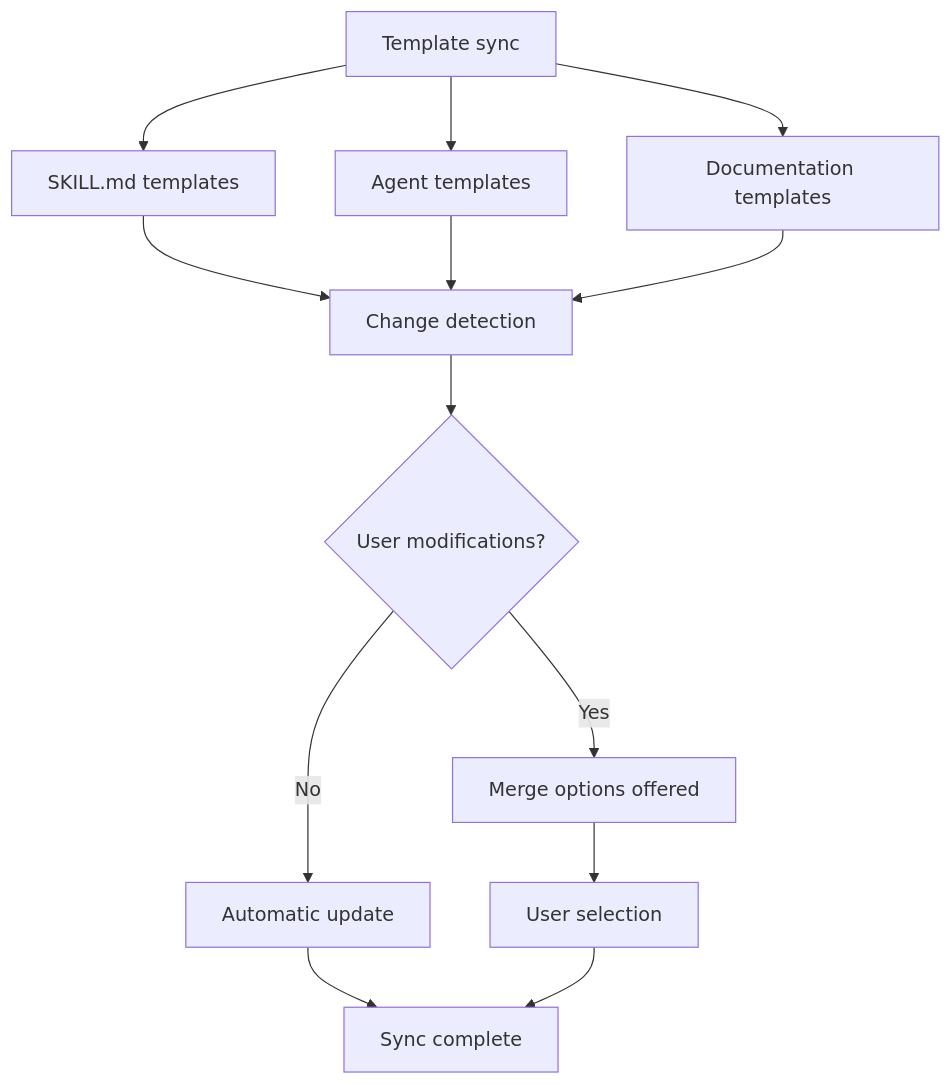
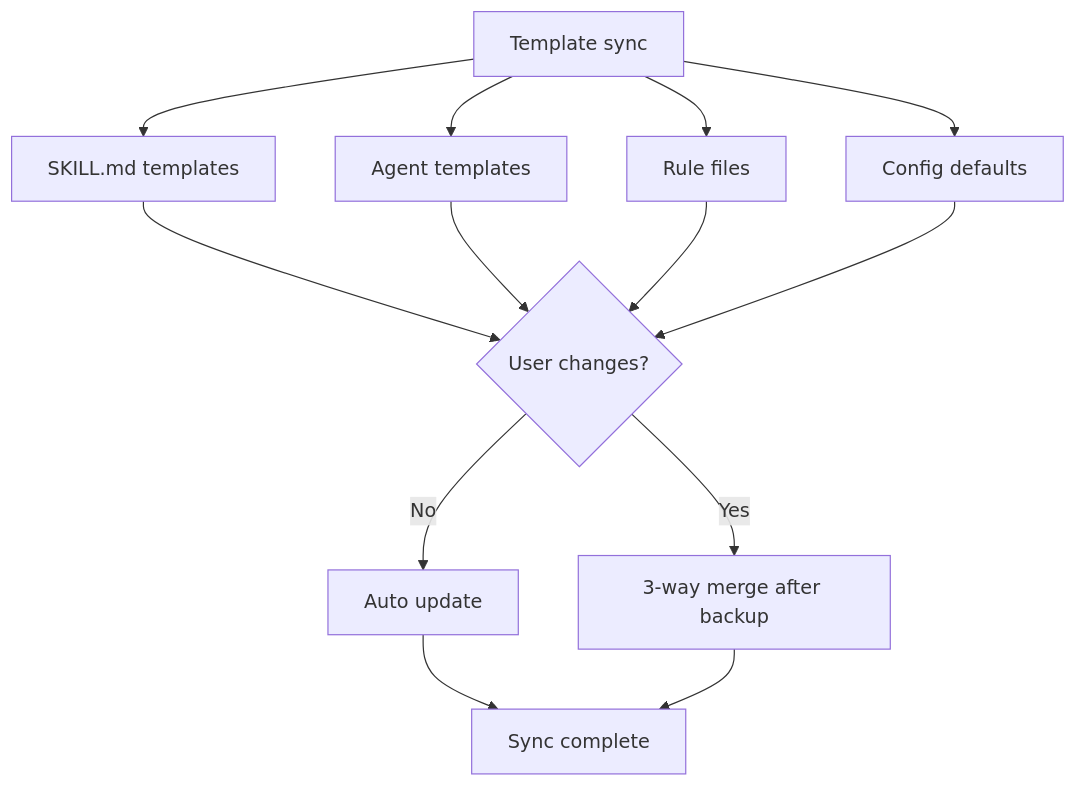
One commit to modu-ai/moai-adk changed the second of 2 diagrams in docs-site/content/en/getting-started/update.md. Above: the diagram before and after it, drawn with Mermaid. The commit also changed other lines of this file and 180 other files, not shown here.

````diff
--- a/docs-site/content/en/getting-started/update.md
+++ b/docs-site/content/en/getting-started/update.md
@@ -166,19 +100,18 @@
 ```mermaid
 graph TD
-    A[Template sync] --> B[SKILL.md templates]
-    A --> C[Agent templates]
-    A --> D[Documentation templates]
+    A["Template sync"] --> B["SKILL.md templates"]
+    A --> C["Agent templates"]
+    A --> D["Rule files"]
+    A --> E["Config defaults"]
 
-    B --> E[Change detection]
-    C --> E
-    D --> E
+    B --> F{"User changes?"}
+    C --> F
+    D --> F
+    E --> F
 
-    E --> F{User modifications?}
+    F -->|"No"| G["Auto update"]
+    F -->|"Yes"| H["3-way merge after backup"]
 
-    F -->|No| G[Automatic update]
-    F -->|Yes| H[Merge options offered]
-
-    G --> I[Sync complete]
-    H --> J[User selection]
-    J --> I
+    G --> I["Sync complete"]
+    H --> I
 ```
````
